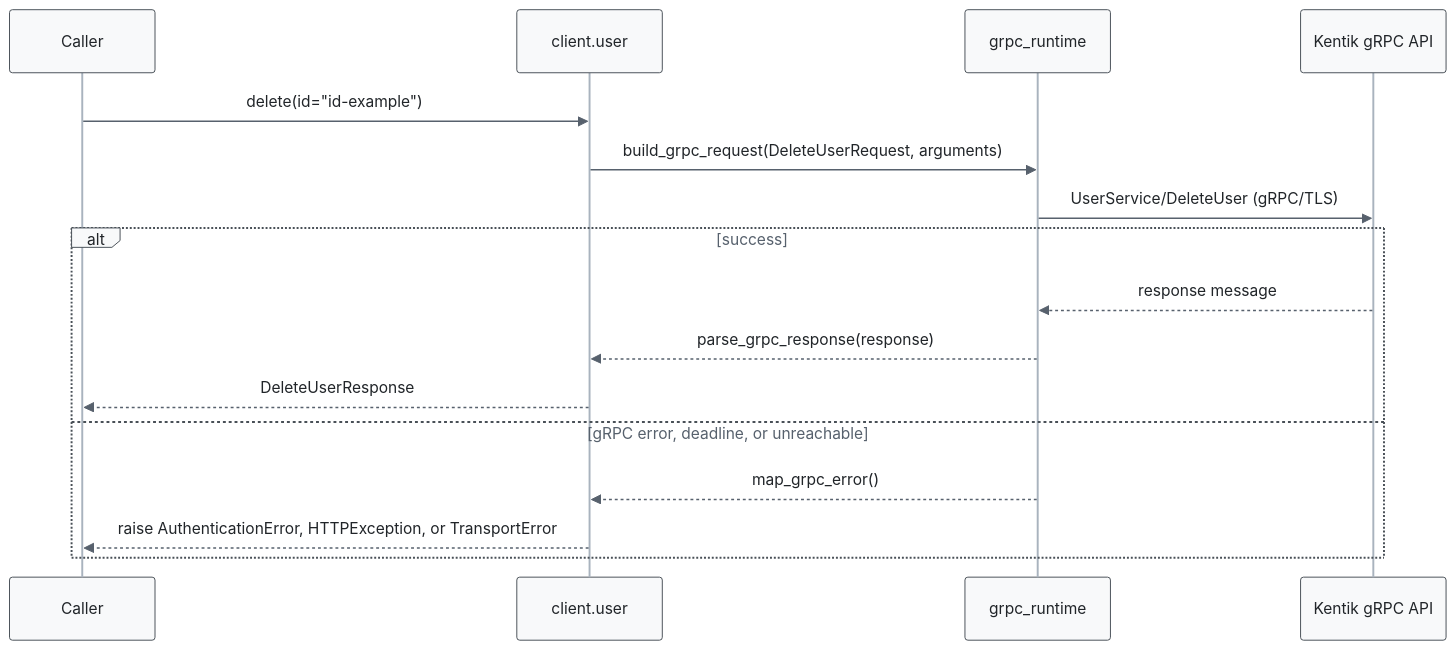
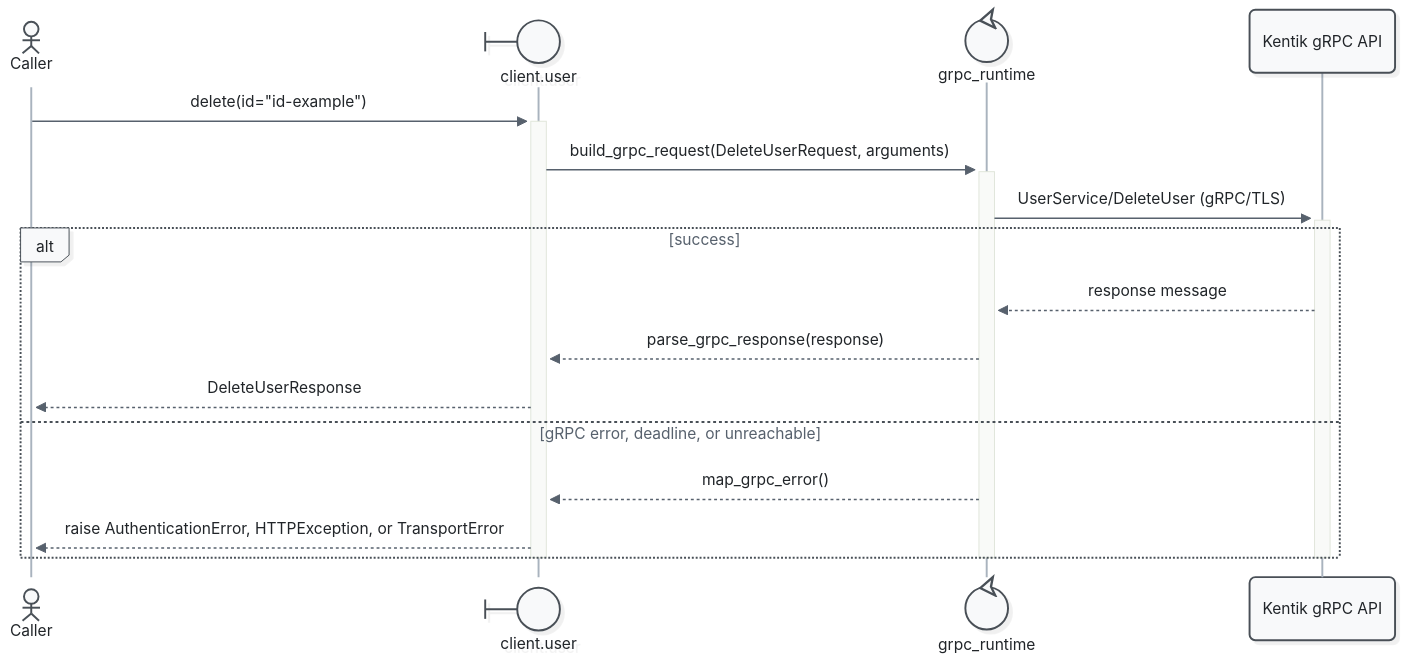
The tenth of 15 diagrams in docs/sphinx/services/user.md (alexdearaujo/community_sdk_python), drawn with Mermaid before and after one commit. The commit also changed other lines of this file and 52 other files, not shown here.

First line of the commit message:
docs: Mermaid 12 sequence diagrams with participant types and path colors

````diff
--- a/docs/sphinx/services/user.md
+++ b/docs/sphinx/services/user.md
@@ -363,20 +385,23 @@
 ```mermaid
-%%{init: {"theme": "base", "fontFamily": "ui-monospace, SFMono-Regular, Menlo, monospace", "themeVariables": {"fontFamily": "ui-monospace, SFMono-Regular, Menlo, monospace", "primaryColor": "#f8f9fa", "primaryBorderColor": "#495057", "primaryTextColor": "#212529", "textColor": "#212529", "lineColor": "#77818c", "edgeLabelBackground": "#ffffff", "actorBkg": "#f8f9fa", "actorBorder": "#495057", "actorTextColor": "#212529", "actorLineColor": "#a9b3be", "signalColor": "#57616d", "signalTextColor": "#212529", "labelBoxBkgColor": "#f8f9fa", "labelBoxBorderColor": "#495057", "labelTextColor": "#212529", "loopTextColor": "#57616d", "noteBkgColor": "#fff9db", "noteBorderColor": "#f08c00", "noteTextColor": "#a35a00"}, "flowchart": {"curve": "step", "nodeSpacing": 30, "rankSpacing": 70, "wrappingWidth": 400}}}%%
+%%{init: {"theme": "redux", "look": "neo", "layout": "dagre", "fontFamily": "ui-monospace, SFMono-Regular, Menlo, monospace", "themeVariables": {"fontFamily": "ui-monospace, SFMono-Regular, Menlo, monospace", "primaryColor": "#f8f9fa", "primaryBorderColor": "#495057", "primaryTextColor": "#212529", "textColor": "#212529", "lineColor": "#77818c", "edgeLabelBackground": "#ffffff", "actorBkg": "#f8f9fa", "actorBorder": "#495057", "actorTextColor": "#212529", "actorLineColor": "#a9b3be", "signalColor": "#57616d", "signalTextColor": "#212529", "labelBoxBkgColor": "#f8f9fa", "labelBoxBorderColor": "#495057", "labelTextColor": "#212529", "loopTextColor": "#57616d", "noteBkgColor": "#fff9db", "noteBorderColor": "#f08c00", "noteTextColor": "#a35a00"}, "sequence": {"activationWidth": 16}, "flowchart": {"curve": "step", "nodeSpacing": 30, "rankSpacing": 70, "wrappingWidth": 400}}}%%
 sequenceDiagram
-    participant C as Caller
-    participant W as client.user
-    participant R as grpc_runtime
+    actor C as Caller
+    participant W@{ "type": "boundary" } as client.user
+    participant R@{ "type": "control" } as grpc_runtime
     participant API as Kentik gRPC API
 
-    C->>W: delete(id="id-example")
-    W->>R: build_grpc_request(DeleteUserRequest, arguments)
-    R->>API: UserService/DeleteUser (gRPC/TLS)
+    C->>+W: delete(id="id-example")
+    W->>+R: build_grpc_request(DeleteUserRequest, arguments)
+    R->>+API: UserService/DeleteUser (gRPC/TLS)
     alt success
         API-->>R: response message
         R-->>W: parse_grpc_response(response)
         W-->>C: DeleteUserResponse
     else gRPC error, deadline, or unreachable
         R-->>W: map_grpc_error()
         W-->>C: raise AuthenticationError, HTTPException, or TransportError
     end
+    deactivate API
+    deactivate R
+    deactivate W
 ```
````
